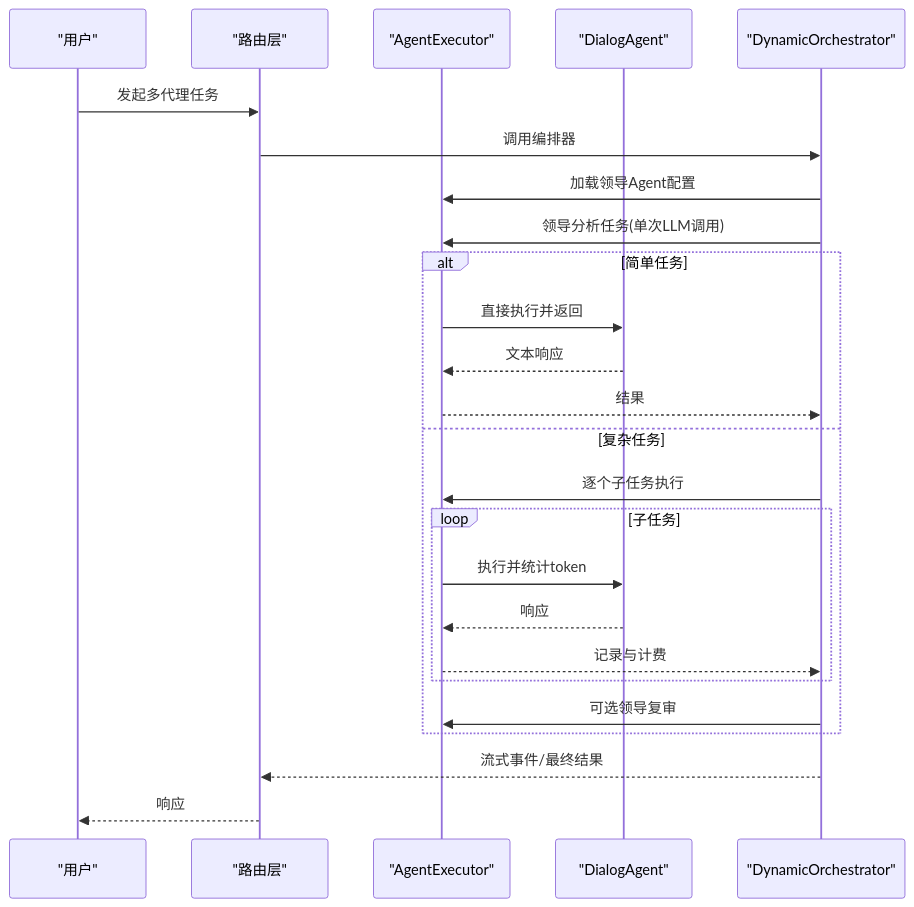
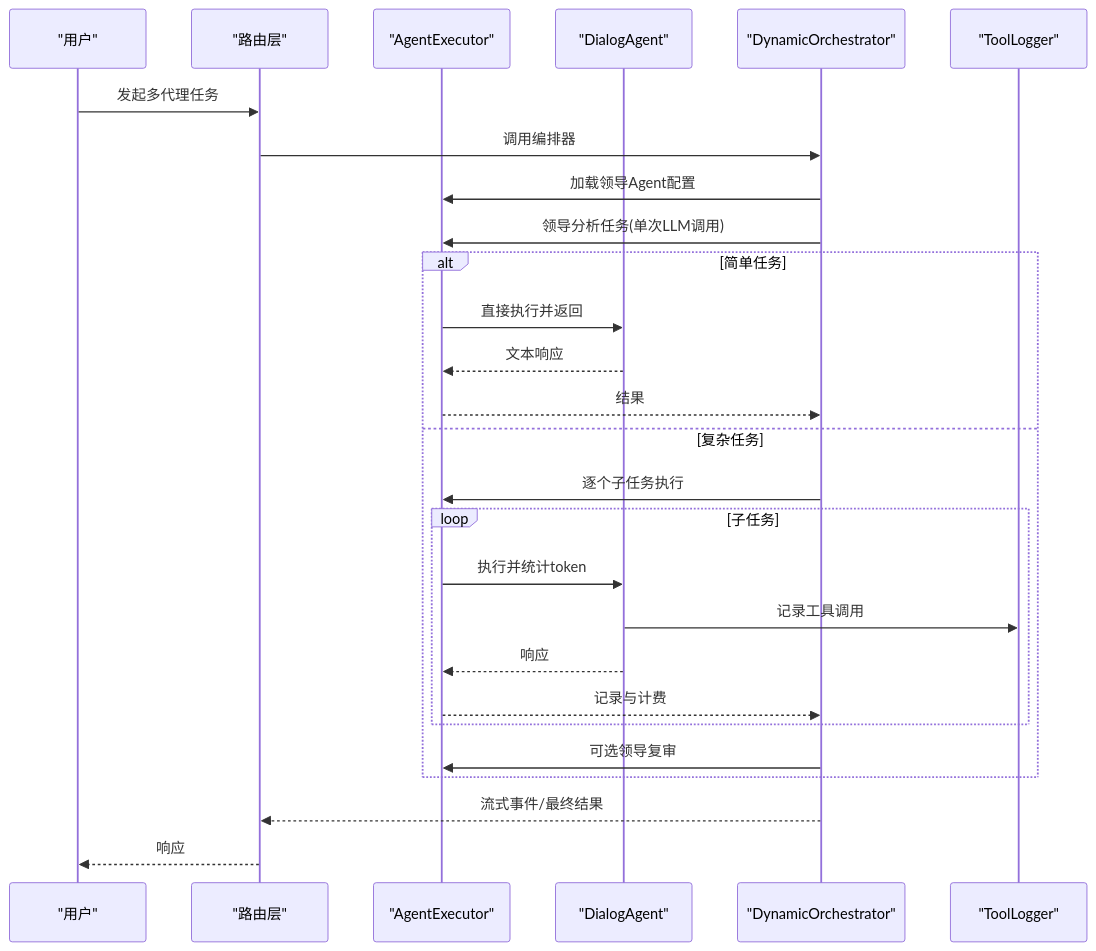
The second of 7 diagrams in .qoder/repowiki/zh/content/开发者指南/智能代理配置.md (KunLabAI/KunFlix), drawn with Mermaid before and after one commit. The commit also changed other lines of this file and 78 other files, not shown here.

````diff
--- a/.qoder/repowiki/zh/content/开发者指南/智能代理配置.md
+++ b/.qoder/repowiki/zh/content/开发者指南/智能代理配置.md
@@ -100,27 +122,29 @@
 ```mermaid
 sequenceDiagram
 participant U as "用户"
 participant R as "路由层"
 participant E as "AgentExecutor"
 participant D as "DialogAgent"
 participant O as "DynamicOrchestrator"
+participant TL as "ToolLogger"
 U->>R : 发起多代理任务
 R->>O : 调用编排器
 O->>E : 加载领导Agent配置
 O->>E : 领导分析任务(单次LLM调用)
 alt 简单任务
 E->>D : 直接执行并返回
 D-->>E : 文本响应
 E-->>O : 结果
 else 复杂任务
 O->>E : 逐个子任务执行
 loop 子任务
 E->>D : 执行并统计token
+D->>TL : 记录工具调用
 D-->>E : 响应
 E-->>O : 记录与计费
 end
 O->>E : 可选领导复审
 end
 O-->>R : 流式事件/最终结果
 R-->>U : 响应
 ```
````
